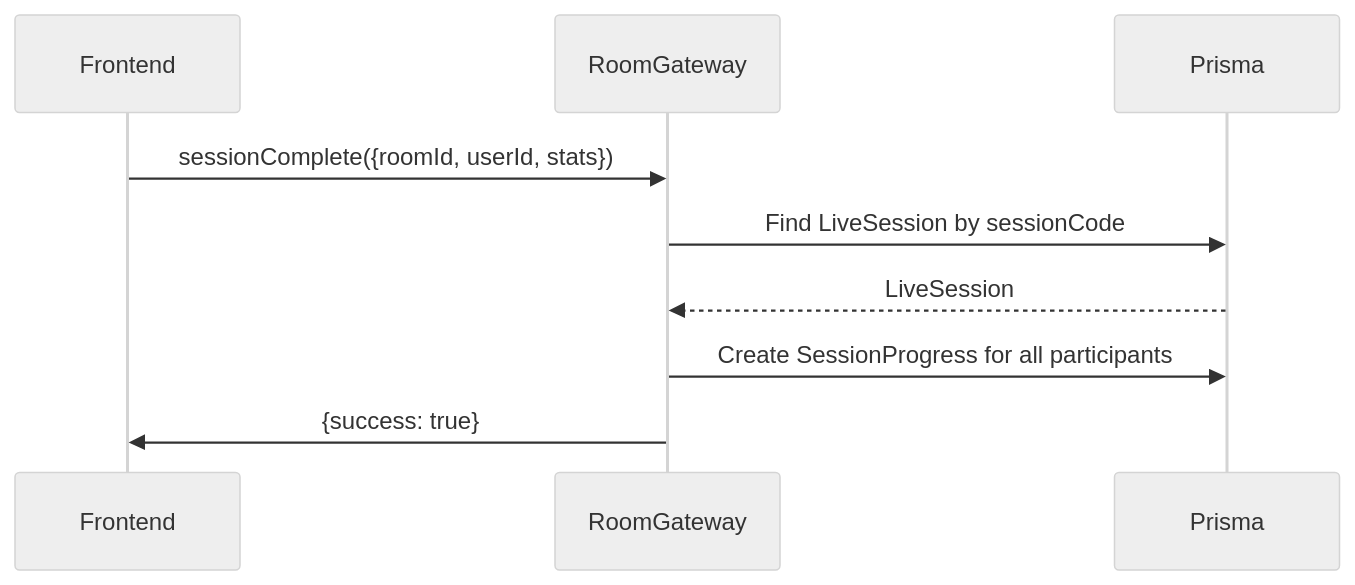
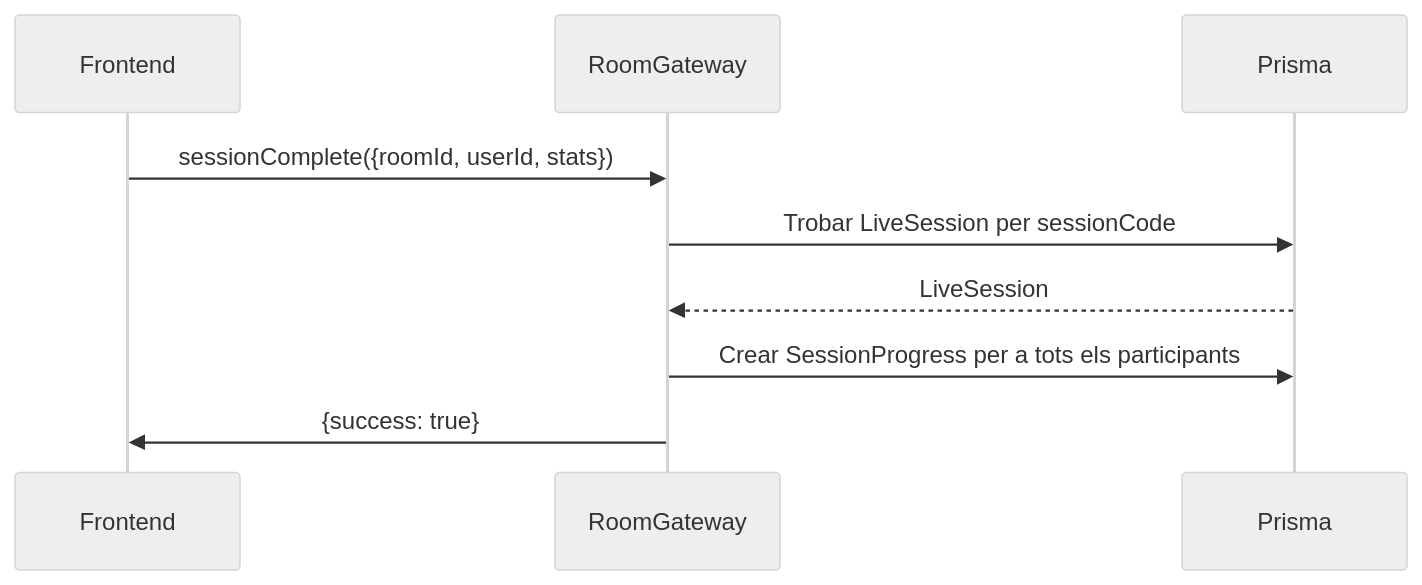
The diagram in openspec/changes/persist-friend-session-progress/design.md (inspedralbes/prj-final-lightweight), drawn with Mermaid (neutral theme) before and after one commit. The commit also changed other lines of this file and 20 other files, not shown here.

````diff
--- a/openspec/changes/persist-friend-session-progress/design.md
+++ b/openspec/changes/persist-friend-session-progress/design.md
@@ -124,12 +124,12 @@
 ```mermaid
 sequenceDiagram
     participant Frontend
     participant RoomGateway
     participant Prisma
 
     Frontend->>RoomGateway: sessionComplete({roomId, userId, stats})
-    RoomGateway->>Prisma: Find LiveSession by sessionCode
+    RoomGateway->>Prisma: Trobar LiveSession per sessionCode
     Prisma-->>RoomGateway: LiveSession
-    RoomGateway->>Prisma: Create SessionProgress for all participants
+    RoomGateway->>Prisma: Crear SessionProgress per a tots els participants
     RoomGateway->>Frontend: {success: true}
 ```
````
